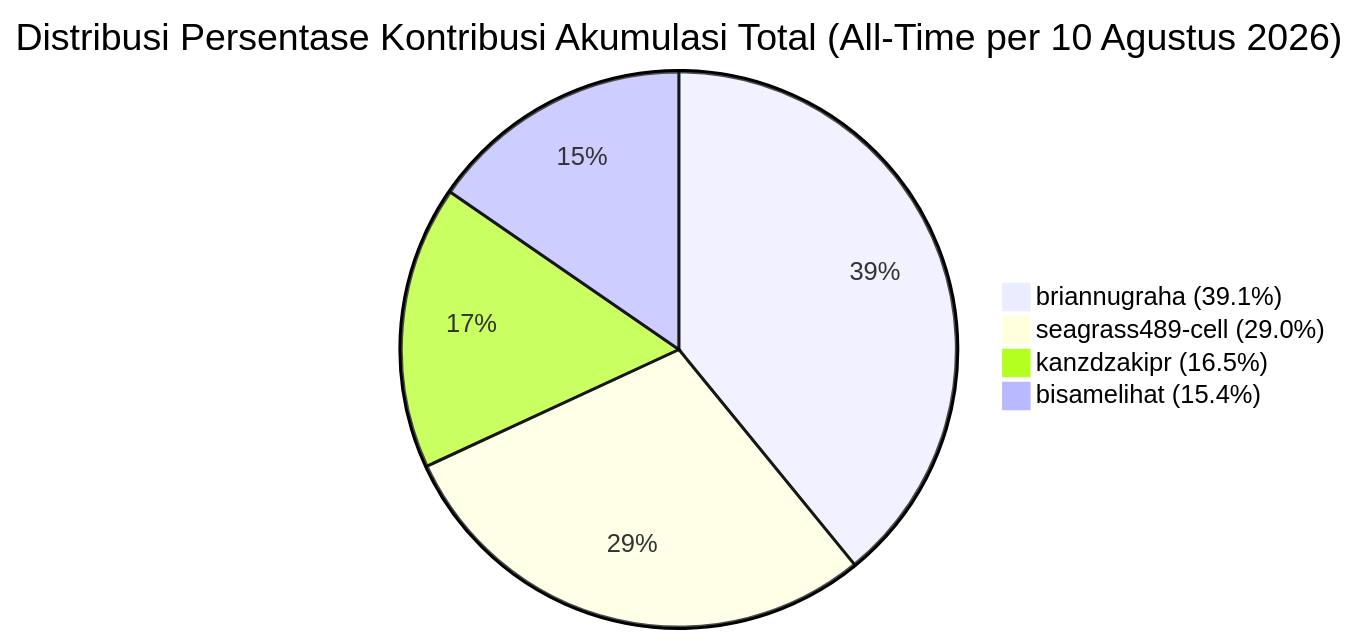
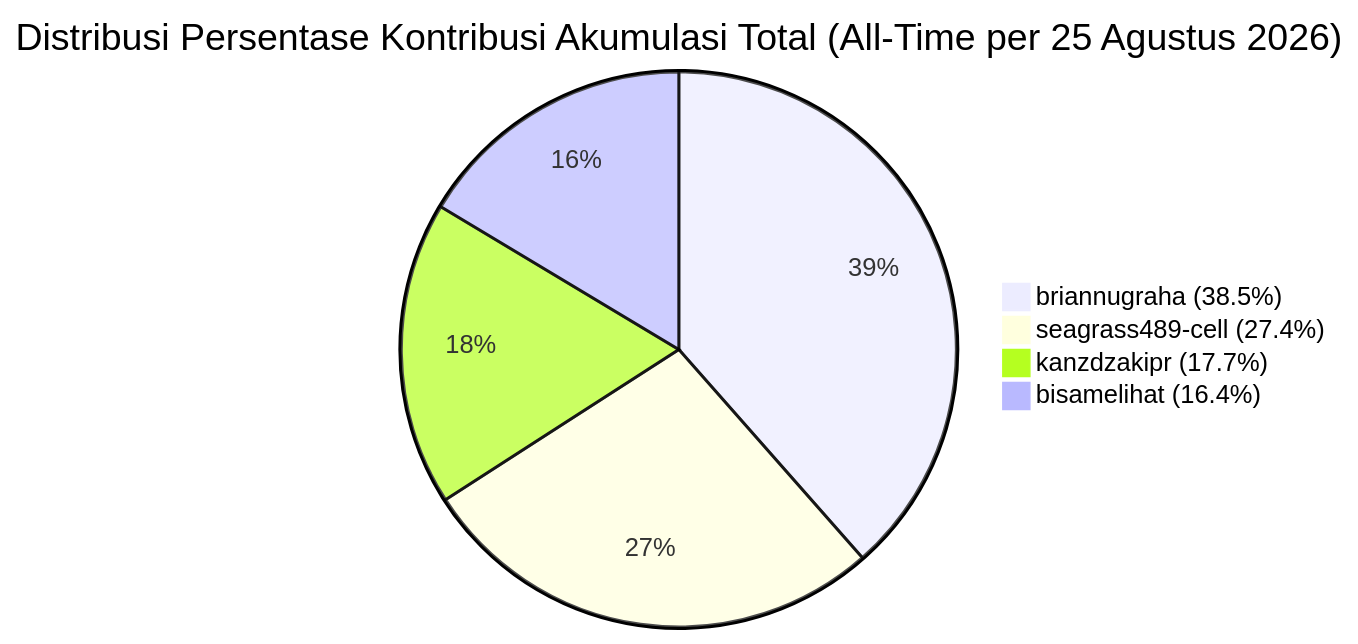
Before and after one commit to kanzdzakipr/ServicePlan-BRA: the first of 3 diagrams in KONTRIBUSI_TIM.md, drawn with Mermaid. The commit also changed other lines of this file, not shown here.

Commit message:
update kontribusi tim per 25 agustus

````diff
--- a/KONTRIBUSI_TIM.md
+++ b/KONTRIBUSI_TIM.md
@@ -75,7 +75,7 @@
 ```mermaid
-pie title Distribusi Persentase Kontribusi Akumulasi Total (All-Time per 10 Agustus 2026)
-    "briannugraha (39.1%)" : 39.1
-    "seagrass489-cell (29.0%)" : 29.0
-    "kanzdzakipr (16.5%)" : 16.5
-    "bisamelihat (15.4%)" : 15.4
+pie title Distribusi Persentase Kontribusi Akumulasi Total (All-Time per 25 Agustus 2026)
+    "briannugraha (38.5%)" : 38.5
+    "seagrass489-cell (27.4%)" : 27.4
+    "kanzdzakipr (17.7%)" : 17.7
+    "bisamelihat (16.4%)" : 16.4
 ```
````
